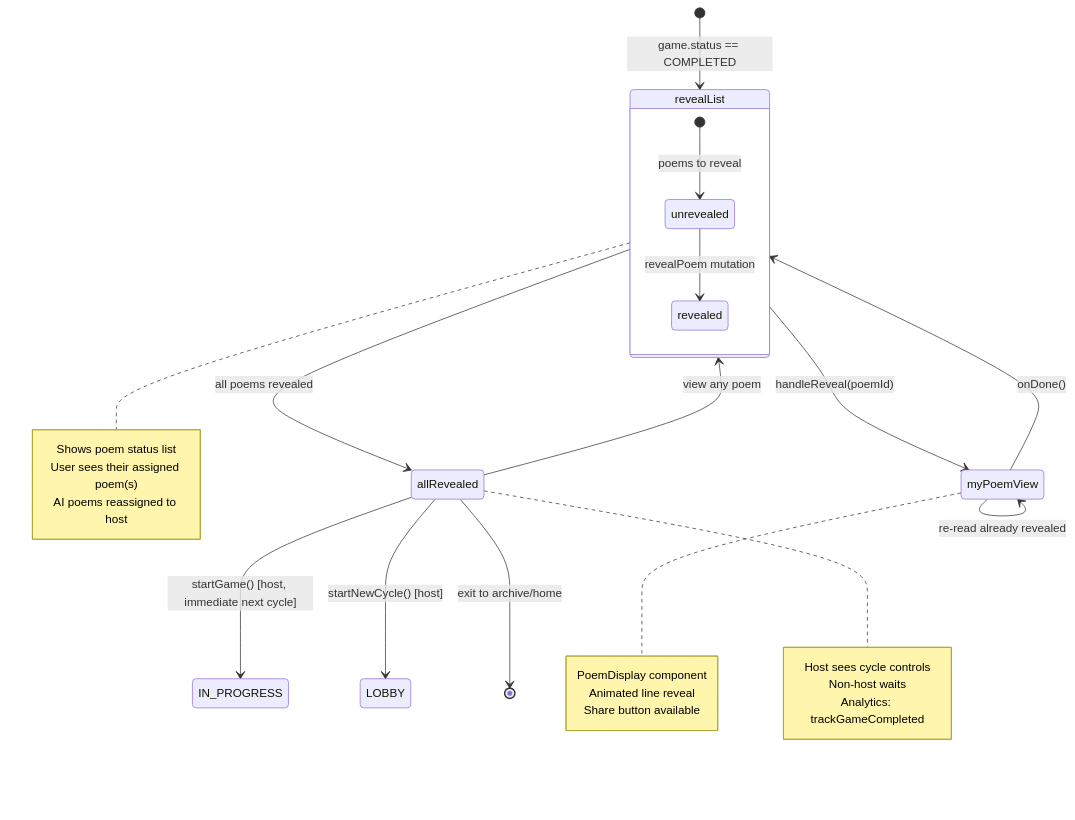
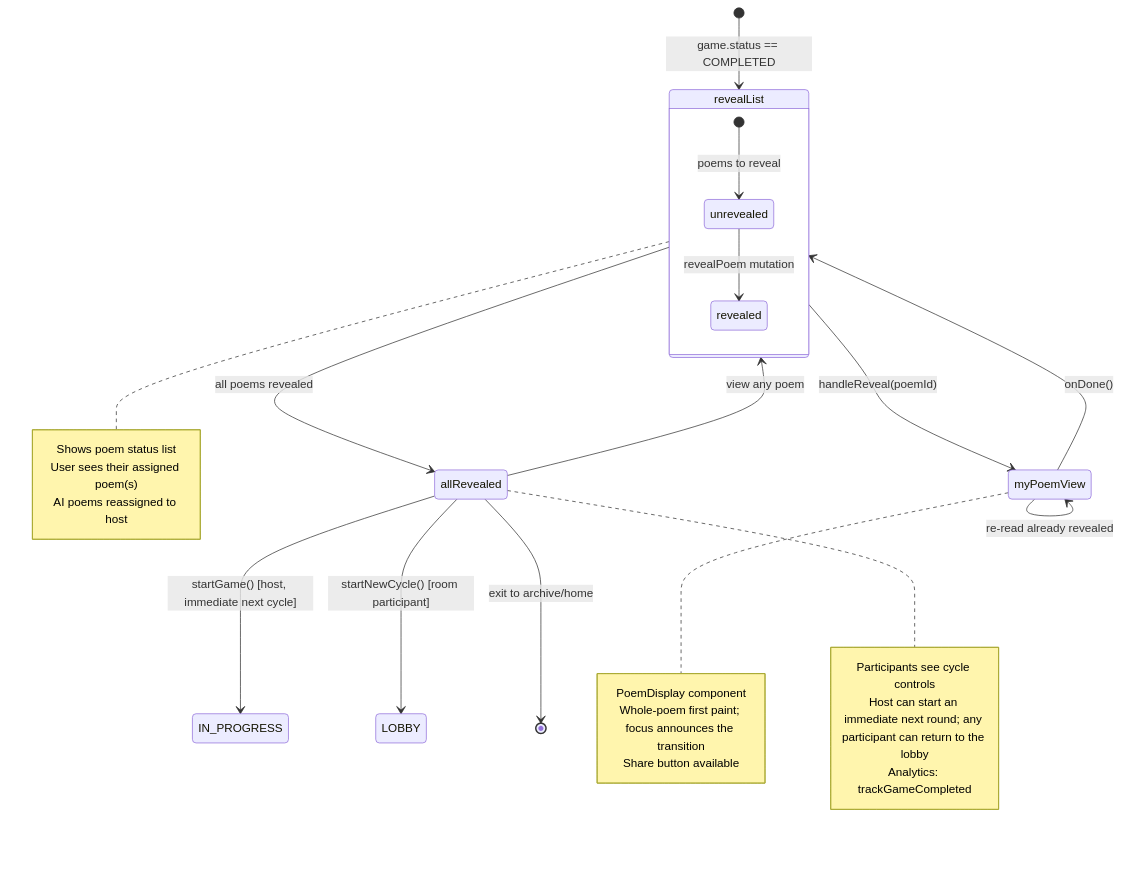
Before and after one commit to misty-step/linejam: the fifth of 7 diagrams in docs/state-diagrams.md, drawn with Mermaid. The commit also changed other lines of this file and 17 other files, not shown here.

````diff
--- a/docs/state-diagrams.md
+++ b/docs/state-diagrams.md
@@ -222,39 +222,39 @@
 ```mermaid
 stateDiagram-v2
     [*] --> revealList : game.status == COMPLETED
 
     revealList --> myPoemView : handleReveal(poemId)
 
     myPoemView --> revealList : onDone()
     myPoemView --> myPoemView : re-read already revealed
 
     revealList --> allRevealed : all poems revealed
 
     allRevealed --> revealList : view any poem
     allRevealed --> IN_PROGRESS : startGame() [host, immediate next cycle]
-    allRevealed --> LOBBY : startNewCycle() [host]
+    allRevealed --> LOBBY : startNewCycle() [room participant]
     allRevealed --> [*] : exit to archive/home
 
     state revealList {
         [*] --> unrevealed : poems to reveal
         unrevealed --> revealed : revealPoem mutation
     }
 
     note right of revealList
         Shows poem status list
         User sees their assigned poem(s)
         AI poems reassigned to host
     end note
 
     note right of myPoemView
         PoemDisplay component
-        Animated line reveal
+        Whole-poem first paint; focus announces the transition
         Share button available
     end note
 
     note right of allRevealed
-        Host sees cycle controls
-        Non-host waits
+        Participants see cycle controls
+        Host can start an immediate next round; any participant can return to the lobby
         Analytics: trackGameCompleted
     end note
 ```
````
